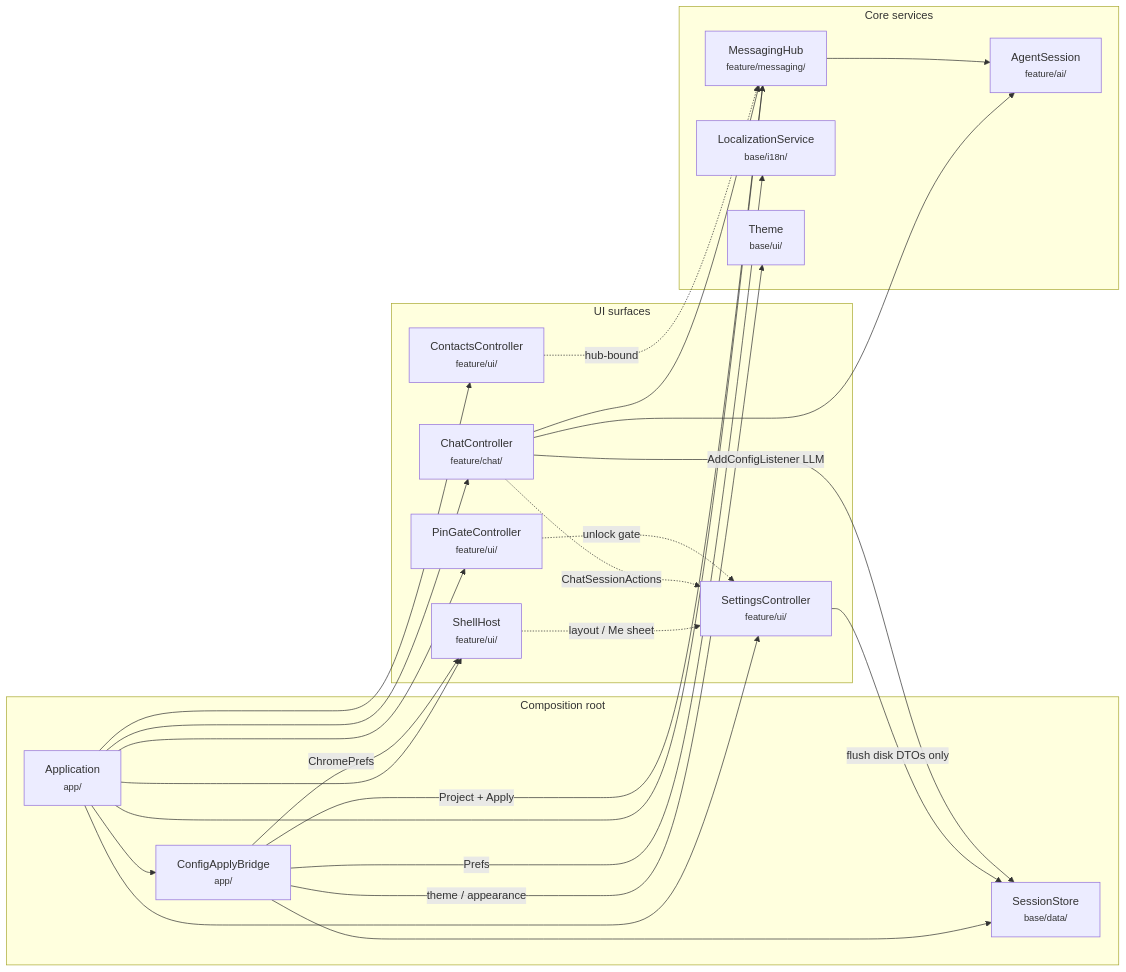
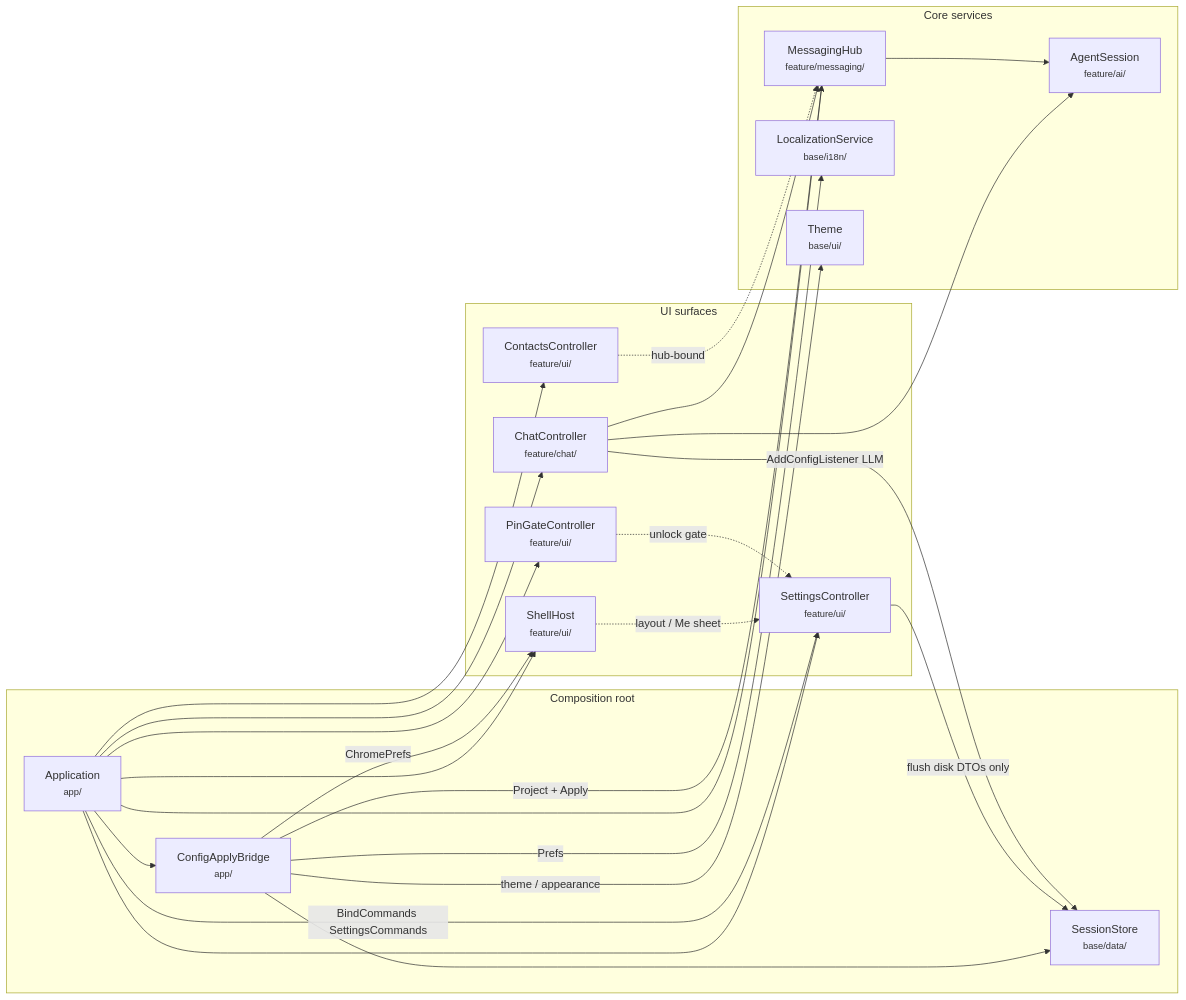
One commit to people-post/pp-browser changed the second of 4 diagrams in docs/architecture/RUNTIME_COMPOSITION.md. Above: the diagram before and after it, drawn with Mermaid. The commit also changed other lines of this file and 18 other files, not shown here.

````diff
--- a/docs/architecture/RUNTIME_COMPOSITION.md
+++ b/docs/architecture/RUNTIME_COMPOSITION.md
@@ -79,48 +79,48 @@
 ```mermaid
 flowchart LR
   subgraph composition["Composition root"]
     App["Application<br/><small>app/</small>"]
     Bridge["ConfigApplyBridge<br/><small>app/</small>"]
     Store["SessionStore<br/><small>base/data/</small>"]
   end
 
   subgraph surfaces["UI surfaces"]
     Shell["ShellHost<br/><small>feature/ui/</small>"]
     Settings["SettingsController<br/><small>feature/ui/</small>"]
     Chat["ChatController<br/><small>feature/chat/</small>"]
     Contacts["ContactsController<br/><small>feature/ui/</small>"]
     Pin["PinGateController<br/><small>feature/ui/</small>"]
   end
 
   subgraph services["Core services"]
     Hub["MessagingHub<br/><small>feature/messaging/</small>"]
     Agent["AgentSession<br/><small>feature/ai/</small>"]
     Locale["LocalizationService<br/><small>base/i18n/</small>"]
     ThemeNode["Theme<br/><small>base/ui/</small>"]
   end
 
   App --> Bridge
   App --> Hub
   App --> Shell
   App --> Chat
   App --> Settings
   App --> Contacts
   App --> Pin
 
   Bridge --> Store
   Bridge -->|Project + Apply| Hub
   Bridge -->|ChromePrefs| Shell
   Bridge -->|Prefs| Locale
   Bridge -->|theme / appearance| ThemeNode
 
   Settings -->|flush disk DTOs only| Store
   Chat -->|AddConfigListener LLM| Store
   Chat --> Hub
   Chat --> Agent
   Hub --> Agent
 
   Shell -.->|layout / Me sheet| Settings
-  Chat -.->|ChatSessionActions| Settings
+  App -->|BindCommands SettingsCommands| Settings
   Pin -.->|unlock gate| Settings
   Contacts -.->|hub-bound| Hub
 ```
````
